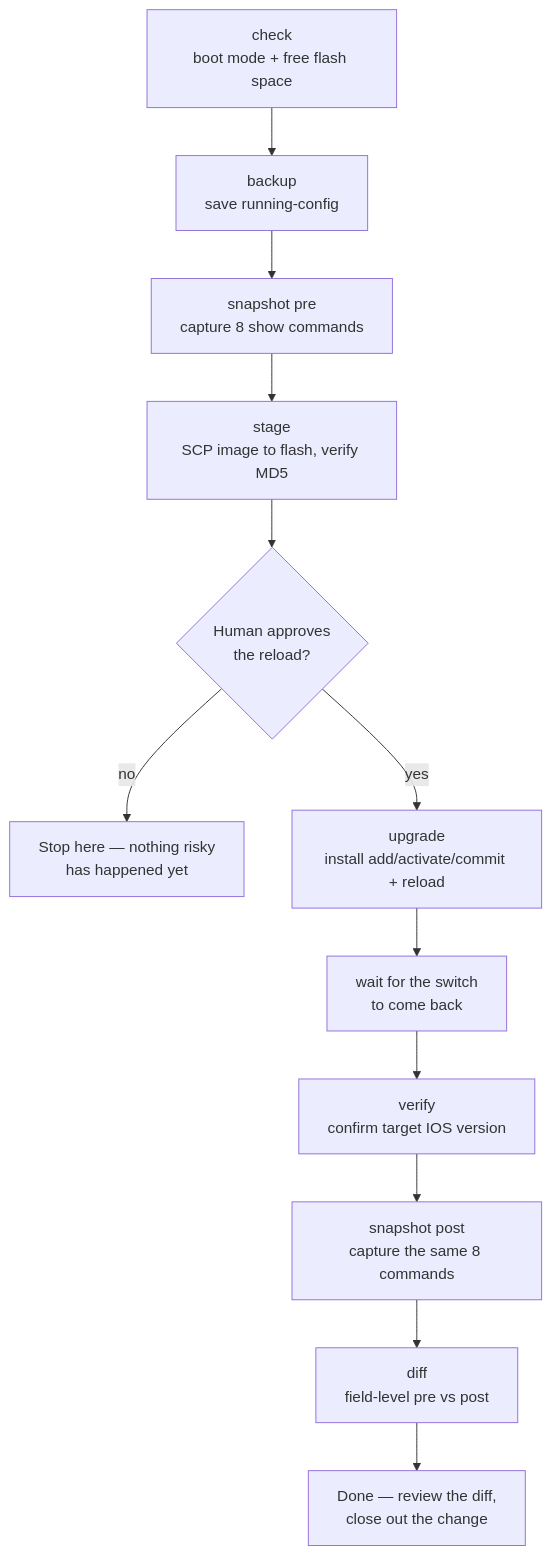
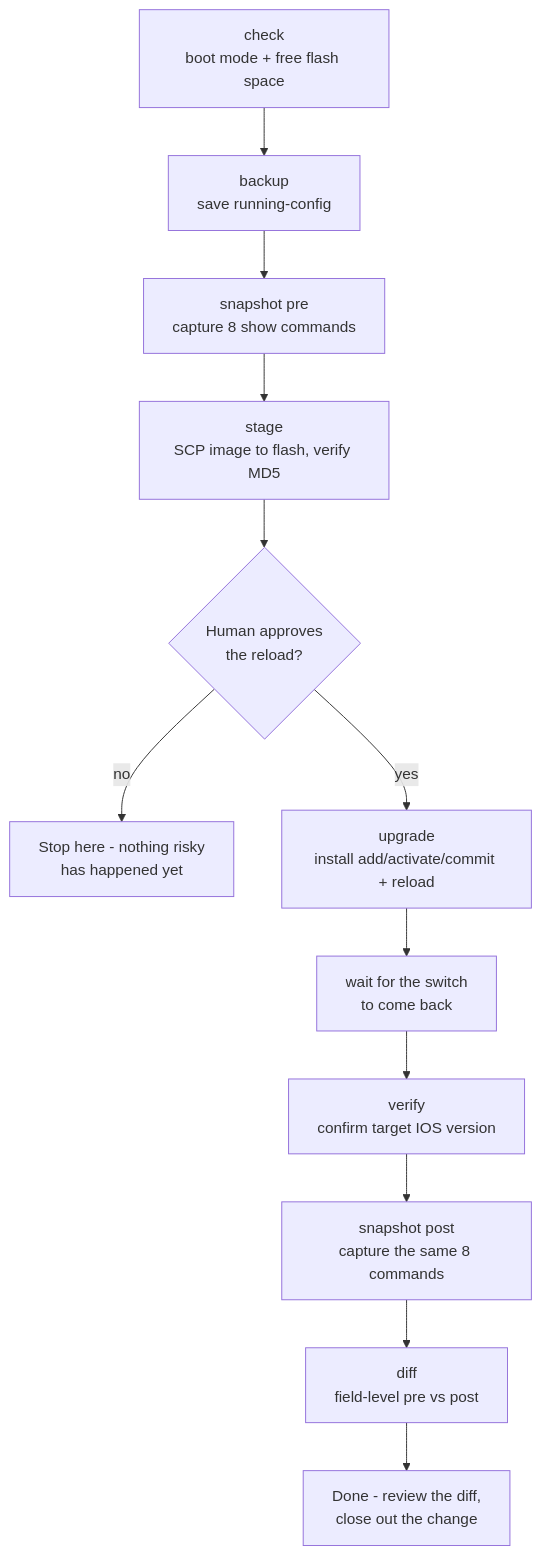
The first of 2 diagrams in README.md (gman27/ios-xe-fleet-upgrade), drawn with Mermaid before and after one commit. The commit also changed other lines of this file and 13 other files, not shown here.

````diff
--- a/README.md
+++ b/README.md
@@ -17,14 +17,14 @@
 ```mermaid
 flowchart TD
     A[check<br/>boot mode + free flash space] --> B[backup<br/>save running-config]
     B --> C[snapshot pre<br/>capture 8 show commands]
     C --> D[stage<br/>SCP image to flash, verify MD5]
     D --> E{Human approves<br/>the reload?}
-    E -- no --> X[Stop here — nothing risky<br/>has happened yet]
+    E -- no --> X[Stop here - nothing risky<br/>has happened yet]
     E -- yes --> F[upgrade<br/>install add/activate/commit + reload]
     F --> G[wait for the switch<br/>to come back]
     G --> H[verify<br/>confirm target IOS version]
     H --> I[snapshot post<br/>capture the same 8 commands]
     I --> J[diff<br/>field-level pre vs post]
-    J --> K[Done — review the diff,<br/>close out the change]
+    J --> K[Done - review the diff,<br/>close out the change]
 ```
````
